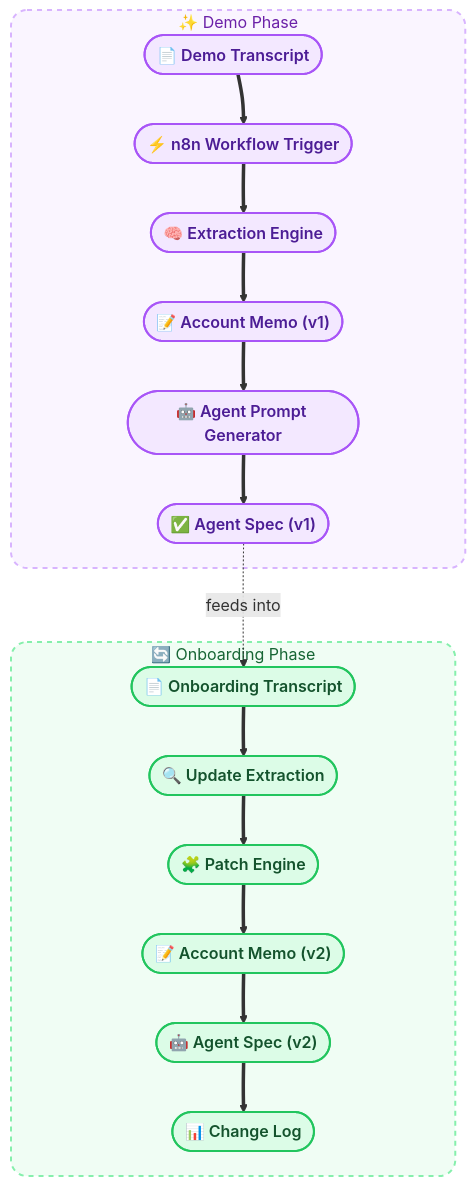
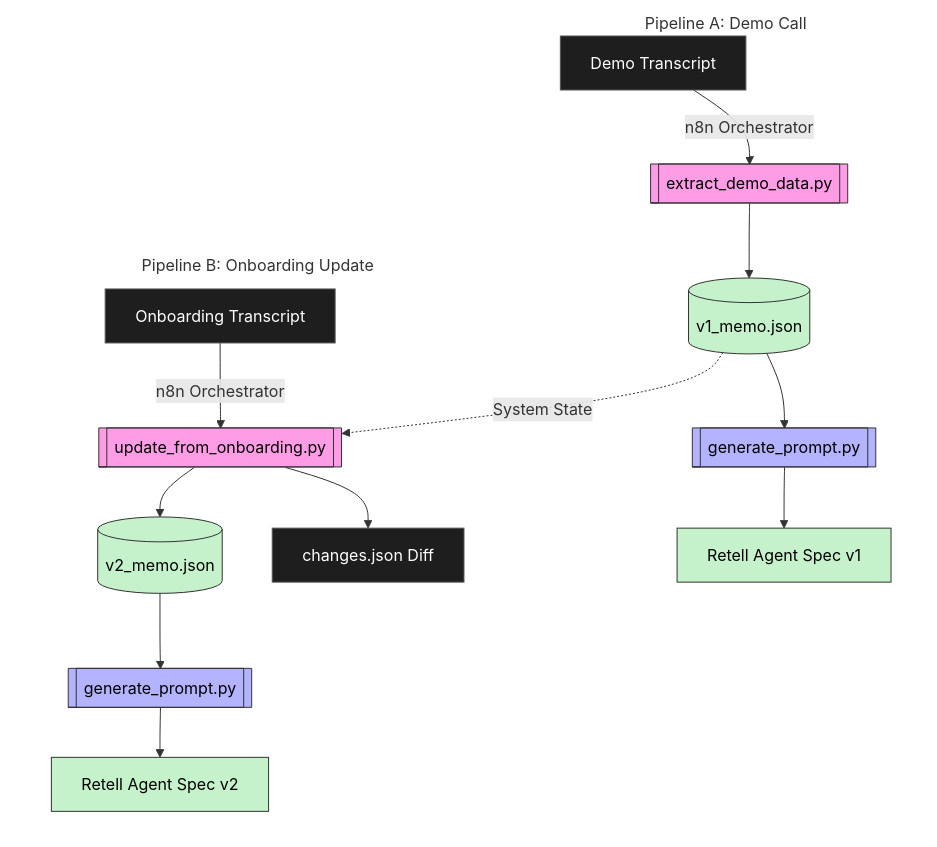
Before and after one commit to Soumik-R/clara-agent-pipeline: the diagram in README.md, drawn with Mermaid.

````diff
--- a/README.md
+++ b/README.md
@@ -37,35 +37,36 @@
 ```mermaid
 graph TD
-    %% Modern styling with Tailwind-inspired colors
-    classDef demo fill:#f3e8ff,stroke:#a855f7,stroke-width:2px,color:#4c1d95,rx:8px,ry:8px,font-weight:600;
-    classDef onboard fill:#dcfce7,stroke:#22c55e,stroke-width:2px,color:#14532d,rx:8px,ry:8px,font-weight:600;
+    %% Custom Styles inspired by user screenshot
+    classDef darkNode fill:#1E1E1E,stroke:#555,stroke-width:1px,color:#fff;
+    classDef scriptPink fill:#ff9ce6,stroke:#333,stroke-width:1px,color:#000;
+    classDef scriptBlue fill:#b3b3ff,stroke:#333,stroke-width:1px,color:#000;
+    classDef dataGreen fill:#c6f2cb,stroke:#333,stroke-width:1px,color:#000;
 
     %% Demo Phase Subgraph
-    subgraph DemoPhase ["✨ Demo Phase"]
-        A(["📄 Demo Transcript"]):::demo ==> B(["⚡ n8n Workflow Trigger"]):::demo
-        B ==> C(["🧠 Extraction Engine"]):::demo
-        C ==> D(["📝 Account Memo (v1)"]):::demo
-        D ==> E(["🤖 Agent Prompt Generator"]):::demo
-        E ==> F(["✅ Agent Spec (v1)"]):::demo
+    subgraph DemoPhase ["Pipeline A: Demo Call"]
+        A[Demo Transcript]:::darkNode -->|n8n Orchestrator| B[[extract_demo_data.py]]:::scriptPink
+        B --> C[(v1_memo.json)]:::dataGreen
+        C --> D[[generate_prompt.py]]:::scriptBlue
+        D --> E[Retell Agent Spec v1]:::dataGreen
     end
 
     %% Onboarding Phase Subgraph
-    subgraph OnboardingPhase ["🔄 Onboarding Phase"]
-        G(["📄 Onboarding Transcript"]):::onboard ==> H(["🔍 Update Extraction"]):::onboard
-        H ==> I(["🧩 Patch Engine"]):::onboard
-        I ==> J(["📝 Account Memo (v2)"]):::onboard
-        J ==> K(["🤖 Agent Spec (v2)"]):::onboard
-        K ==> L(["📊 Change Log"]):::onboard
+    subgraph OnboardingPhase ["Pipeline B: Onboarding Update"]
+        F[Onboarding Transcript]:::darkNode -->|n8n Orchestrator| G[[update_from_onboarding.py]]:::scriptPink
+        G --> H[(v2_memo.json)]:::dataGreen
+        G --> I[changes.json Diff]:::darkNode
+        H --> J[[generate_prompt.py]]:::scriptBlue
+        J --> K[Retell Agent Spec v2]:::dataGreen
     end
     
-    %% Force side-by-side layout
+    %% Force side-by-side layout naturally
     DemoPhase ~~~ OnboardingPhase
-    A ~~~ G
+    A ~~~ F
     
-    %% Connecting Edge
-    F -.->|"feeds into"| G
+    %% Cross-pipeline state connection
+    C -. "System State" .-> G
     
-    %% Apply Subgraph Styling
-    style DemoPhase fill:#faf5ff,stroke:#d8b4fe,stroke-width:2px,stroke-dasharray: 5 5,color:#6b21a8,rx:16px,ry:16px;
-    style OnboardingPhase fill:#f0fdf4,stroke:#86efac,stroke-width:2px,stroke-dasharray: 5 5,color:#166534,rx:16px,ry:16px;
+    %% Make Subgraph Backgrounds Transparent
+    style DemoPhase fill:transparent,stroke:none;
+    style OnboardingPhase fill:transparent,stroke:none;
 ```
````
